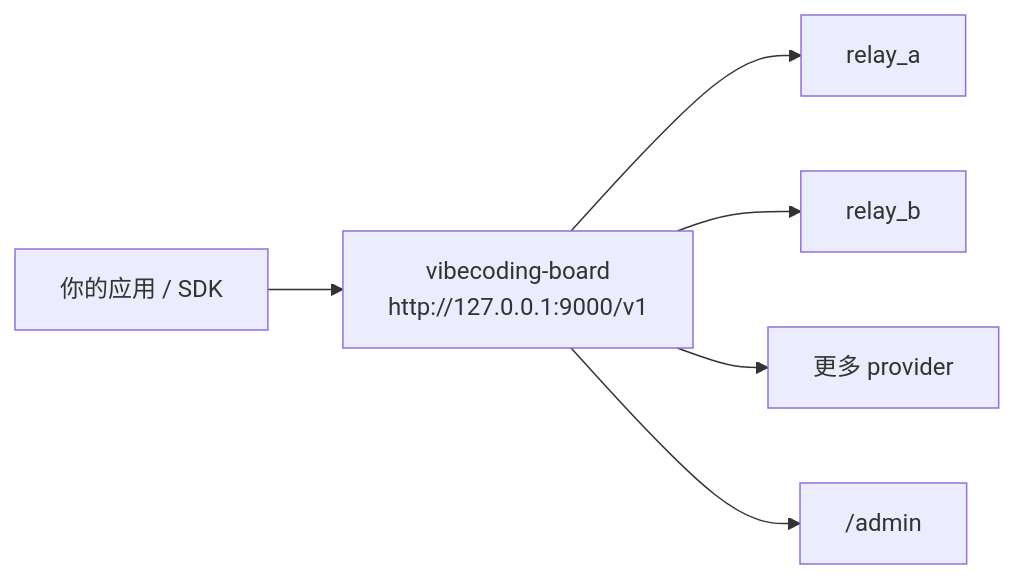
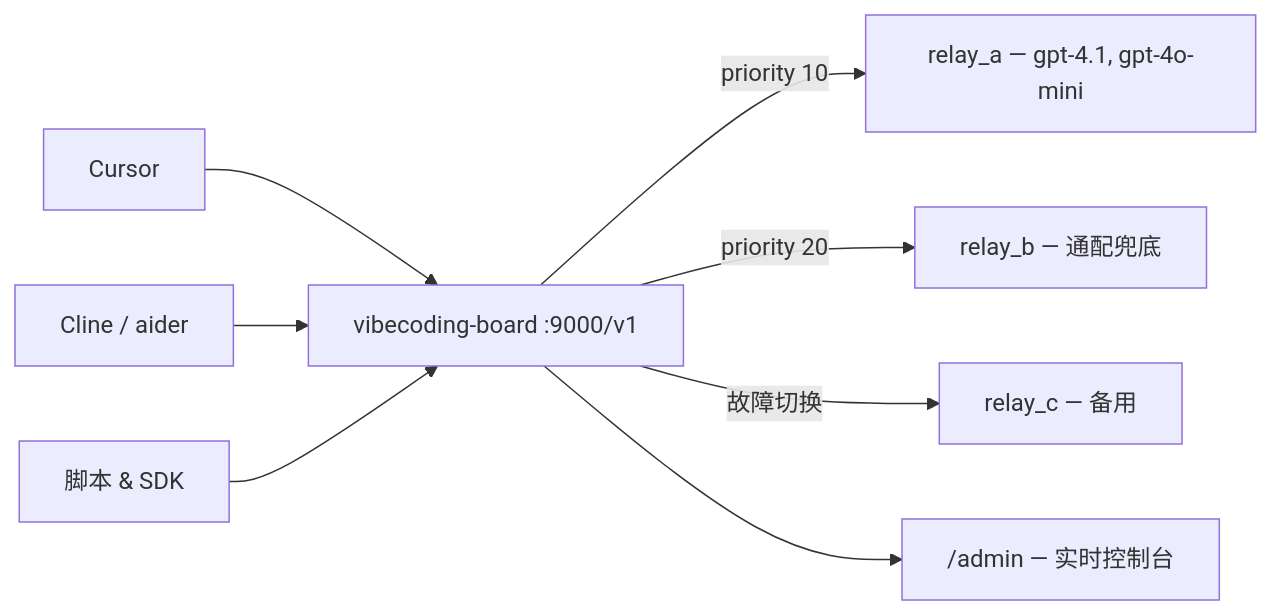
One commit to ZnnnnnH2/vibecoding-board changed the diagram in README.zh-CN.md. Above: the diagram before and after it, drawn with Mermaid. The commit also changed other lines of this file and 31 other files, not shown here.

````diff
--- a/README.zh-CN.md
+++ b/README.zh-CN.md
@@ -9,8 +19,10 @@
 ```mermaid
 flowchart LR
-    Client["你的应用 / SDK"] --> Proxy["vibecoding-board<br/>http://127.0.0.1:9000/v1"]
-    Proxy --> A["relay_a"]
-    Proxy --> B["relay_b"]
-    Proxy --> C["更多 provider"]
-    Proxy --> Admin["/admin"]
+    C1["Cursor"] --> P["vibecoding-board :9000/v1"]
+    C2["Cline / aider"] --> P
+    C3["脚本 & SDK"] --> P
+    P -->|"priority 10"| A["relay_a — gpt-4.1, gpt-4o-mini"]
+    P -->|"priority 20"| B["relay_b — 通配兜底"]
+    P -->|"故障切换"| C["relay_c — 备用"]
+    P --> UI["/admin — 实时控制台"]
 ```
````
